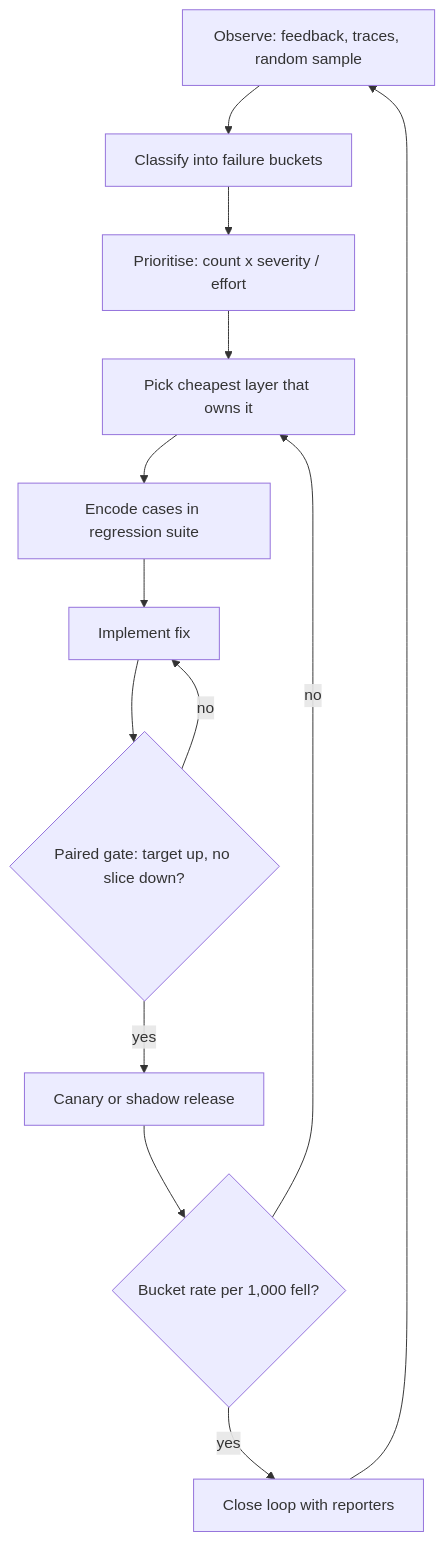
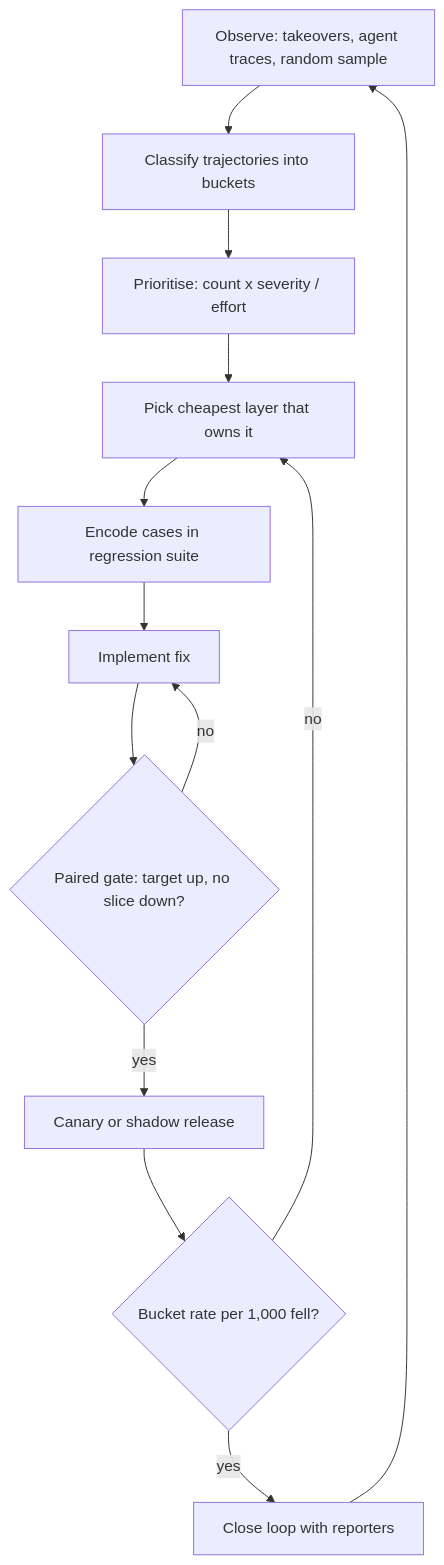
Before and after one commit to lovishmahajan97/agentic-learning: the diagram in content/adoption/continuous-improvement.md, drawn with Mermaid. The commit also changed other lines of this file and 454 other files, not shown here.

````diff
--- a/content/adoption/continuous-improvement.md
+++ b/content/adoption/continuous-improvement.md
@@ -112,15 +132,15 @@
 ```mermaid
 flowchart TD
-    O["Observe: feedback, traces, random sample"] --> C["Classify into failure buckets"]
+    O["Observe: takeovers, agent traces, random sample"] --> C["Classify trajectories into buckets"]
     C --> P["Prioritise: count x severity / effort"]
     P --> L["Pick cheapest layer that owns it"]
     L --> E["Encode cases in regression suite"]
     E --> F["Implement fix"]
     F --> G{"Paired gate: target up, no slice down?"}
     G -->|"no"| F
     G -->|"yes"| K["Canary or shadow release"]
     K --> V{"Bucket rate per 1,000 fell?"}
     V -->|"no"| L
     V -->|"yes"| R["Close loop with reporters"]
     R --> O
 ```
````
